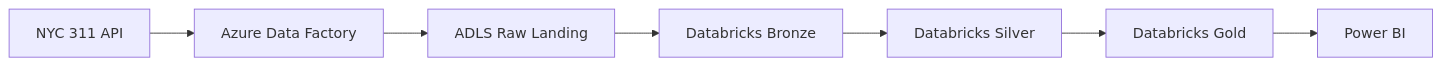
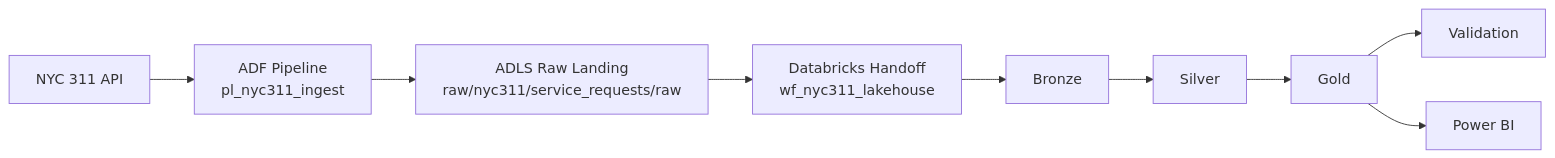
One commit to rihua-tech/nyc-311-service-requests-lakehouse changed the diagram in docs/architecture/architecture-diagram.md. Above: the diagram before and after it, drawn with Mermaid. The commit also changed other lines of this file and 2 other files, not shown here.

Commit message:
docs: polish README and architecture documentation for recruiter review

````diff
--- a/docs/architecture/architecture-diagram.md
+++ b/docs/architecture/architecture-diagram.md
@@ -5,9 +9,11 @@
 ```mermaid
 flowchart LR
-    A[NYC 311 API] --> B[Azure Data Factory]
-    B --> C[ADLS Raw Landing]
-    C --> D[Databricks Bronze]
-    D --> E[Databricks Silver]
-    E --> F[Databricks Gold]
-    F --> G[Power BI]
+    A[NYC 311 API] --> B[ADF Pipeline<br/>pl_nyc311_ingest]
+    B --> C[ADLS Raw Landing<br/>raw/nyc311/service_requests/raw]
+    C --> D[Databricks Handoff<br/>wf_nyc311_lakehouse]
+    D --> E[Bronze]
+    E --> F[Silver]
+    F --> G[Gold]
+    G --> H[Validation]
+    G --> I[Power BI]
 ```
````
